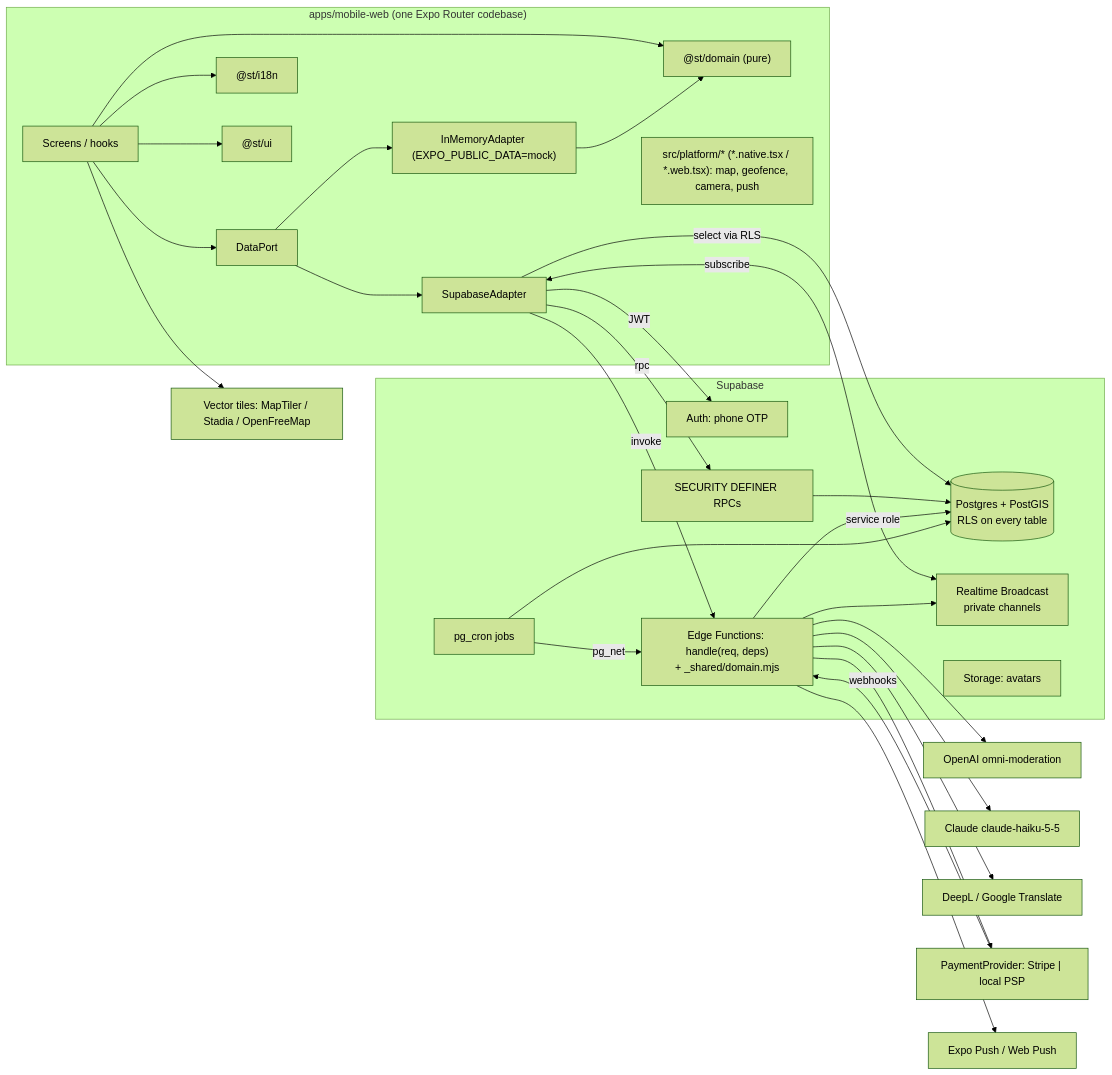
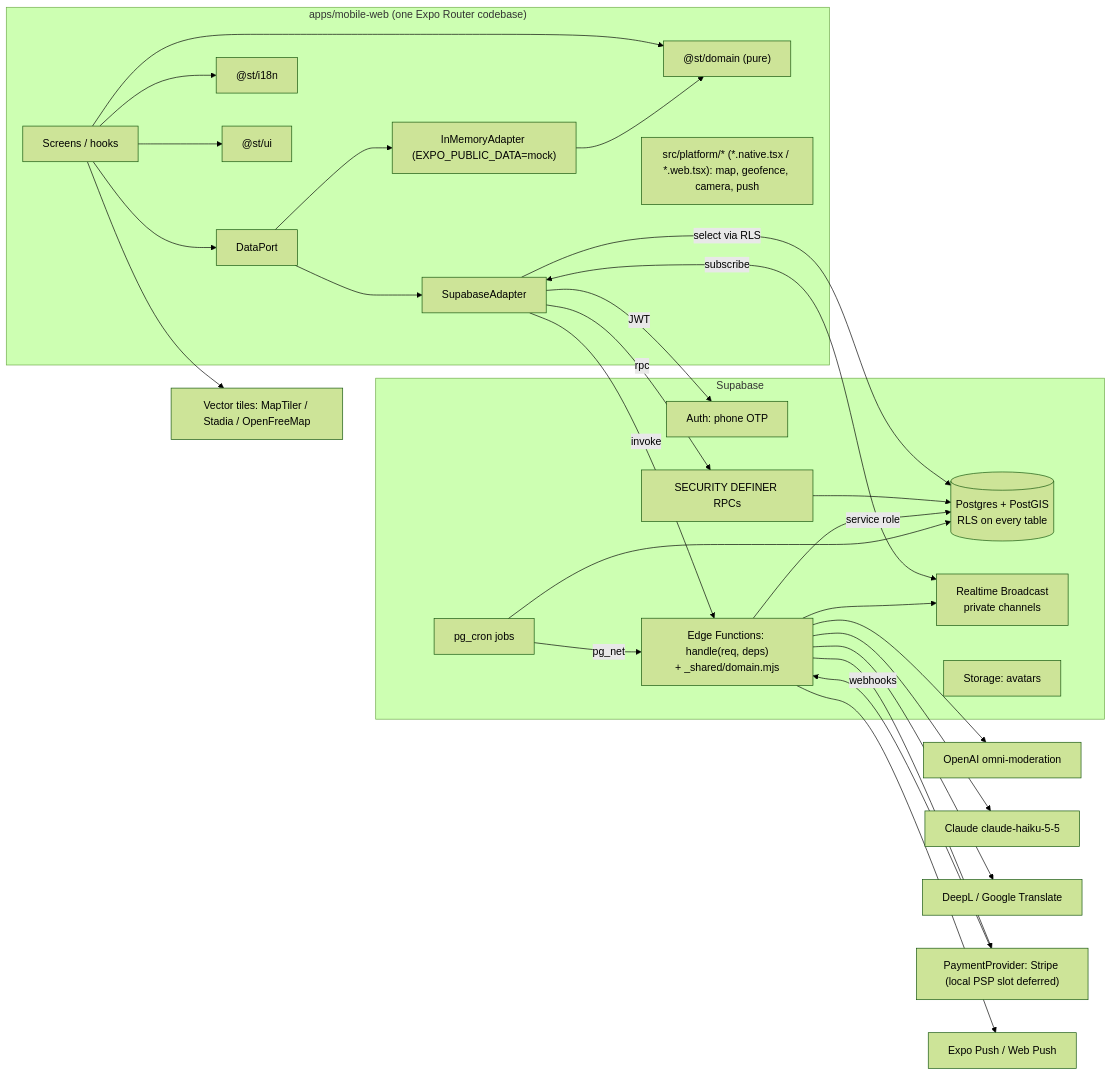
One commit to Gilhzn/ST changed the first of 5 diagrams in docs/architecture.md. Above: the diagram before and after it, drawn with Mermaid (forest theme). The commit also changed other lines of this file and 9 other files, not shown here.

First line of the commit message:
docs: apply owner decisions (18+ worldwide, Stripe via foreign entity, Tel Aviv then London) across PRD, compliance, ADR 0006, design, QA, architecture, status

````diff
--- a/docs/architecture.md
+++ b/docs/architecture.md
@@ -9,40 +9,40 @@
 ```mermaid
 flowchart LR
   subgraph Client["apps/mobile-web (one Expo Router codebase)"]
     UI[Screens / hooks] --> DP[DataPort]
     UI --> D1["@st/domain (pure)"]
     UI --> I18N["@st/i18n"] & UIK["@st/ui"]
     DP --> SA[SupabaseAdapter]
     DP --> MA["InMemoryAdapter (EXPO_PUBLIC_DATA=mock)"]
     MA --> D1
     PLAT["src/platform/* (*.native.tsx / *.web.tsx): map, geofence, camera, push"]
   end
 
   subgraph Supabase
     AUTH[Auth: phone OTP]
     PG[(Postgres + PostGIS<br/>RLS on every table)]
     RPC[SECURITY DEFINER RPCs]
     RT[Realtime Broadcast<br/>private channels]
     EF["Edge Functions: handle(req, deps)<br/>+ _shared/domain.mjs"]
     CRON[pg_cron jobs]
     ST[Storage: avatars]
   end
 
   SA -->|JWT| AUTH
   SA -->|select via RLS| PG
   SA -->|rpc| RPC --> PG
   SA -->|invoke| EF
   SA <-->|subscribe| RT
   EF -->|service role| PG
   EF --> RT
   CRON --> PG
   CRON -->|pg_net| EF
 
   EF --> OAI[OpenAI omni-moderation]
   EF --> CLA[Claude claude-haiku-5-5]
   EF --> TR[DeepL / Google Translate]
-  EF --> PAY["PaymentProvider: Stripe | local PSP"]
+  EF --> PAY["PaymentProvider: Stripe (local PSP slot deferred)"]
   EF --> PUSH[Expo Push / Web Push]
   PAY -->|webhooks| EF
   UI --> TILES[Vector tiles: MapTiler / Stadia / OpenFreeMap]
 ```
````
